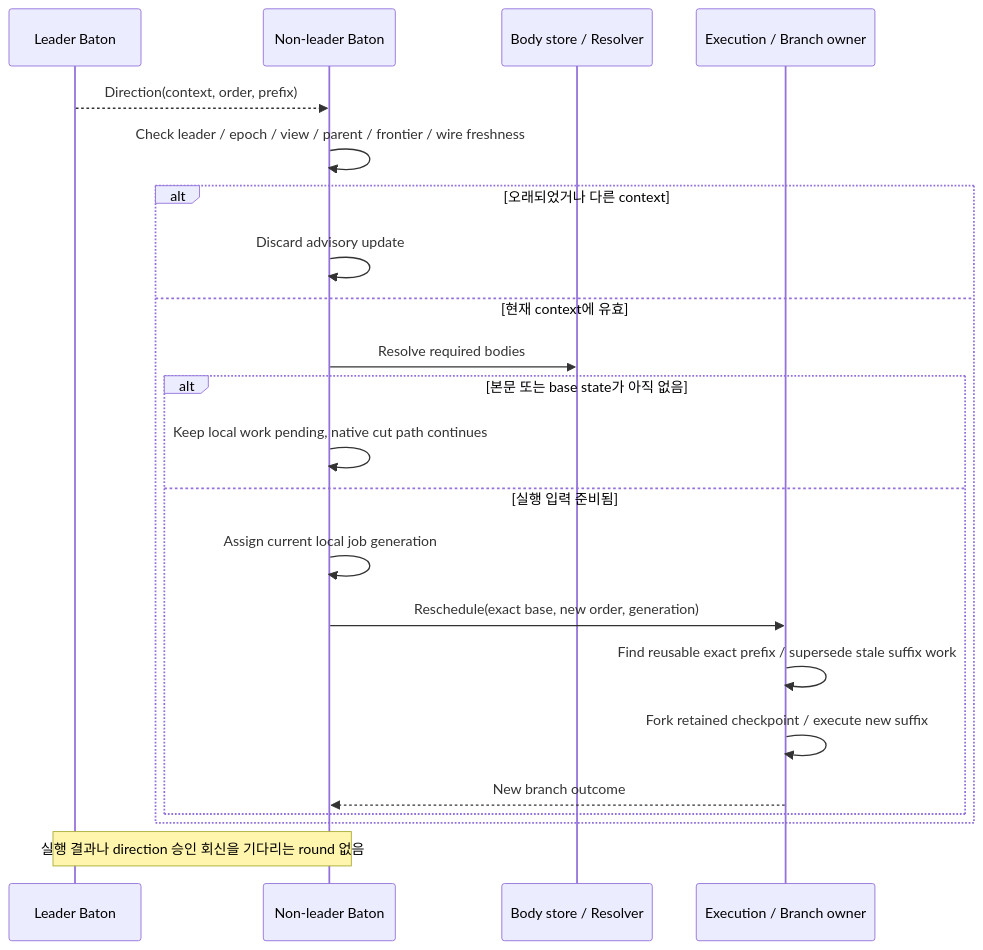
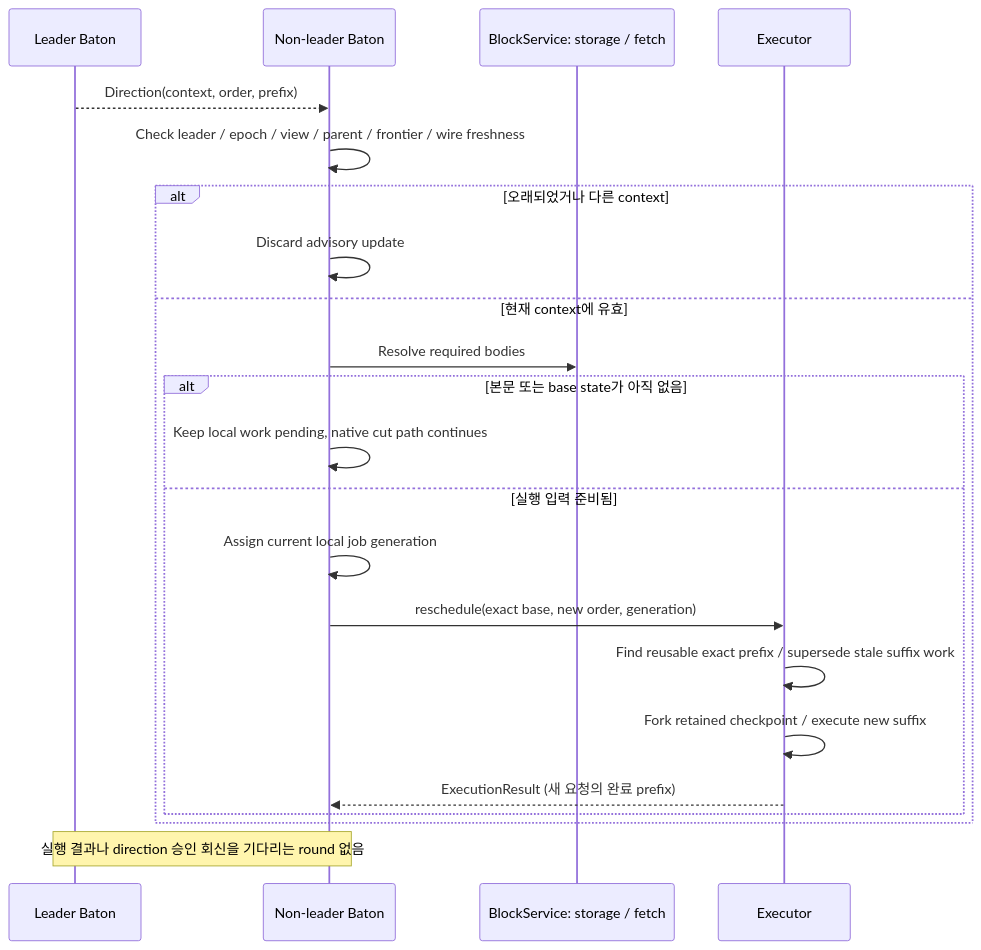
Before and after one commit to djm07073/baton-research: the seventh of 18 diagrams in IMPLEMENTATION_SPEC.md, drawn with Mermaid. The commit also changed other lines of this file and 51 other files, not shown here.

````diff
--- a/IMPLEMENTATION_SPEC.md
+++ b/IMPLEMENTATION_SPEC.md
@@ -375,24 +409,24 @@
 ```mermaid
 sequenceDiagram
     participant L as Leader Baton
     participant B as Non-leader Baton
-    participant S as Body store / Resolver
-    participant E as Execution / Branch owner
+    participant S as BlockService: storage / fetch
+    participant E as Executor
     L-->>B: Direction(context, order, prefix)
     B->>B: Check leader / epoch / view / parent / frontier / wire freshness
     alt 오래되었거나 다른 context
         B->>B: Discard advisory update
     else 현재 context에 유효
         B->>S: Resolve required bodies
         alt 본문 또는 base state가 아직 없음
             B->>B: Keep local work pending, native cut path continues
         else 실행 입력 준비됨
             B->>B: Assign current local job generation
-            B->>E: Reschedule(exact base, new order, generation)
+            B->>E: reschedule(exact base, new order, generation)
             E->>E: Find reusable exact prefix / supersede stale suffix work
             E->>E: Fork retained checkpoint / execute new suffix
-            E-->>B: New branch outcome
+            E-->>B: ExecutionResult (새 요청의 완료 prefix)
         end
     end
     Note over L,B: 실행 결과나 direction 승인 회신을 기다리는 round 없음
 ```
````
